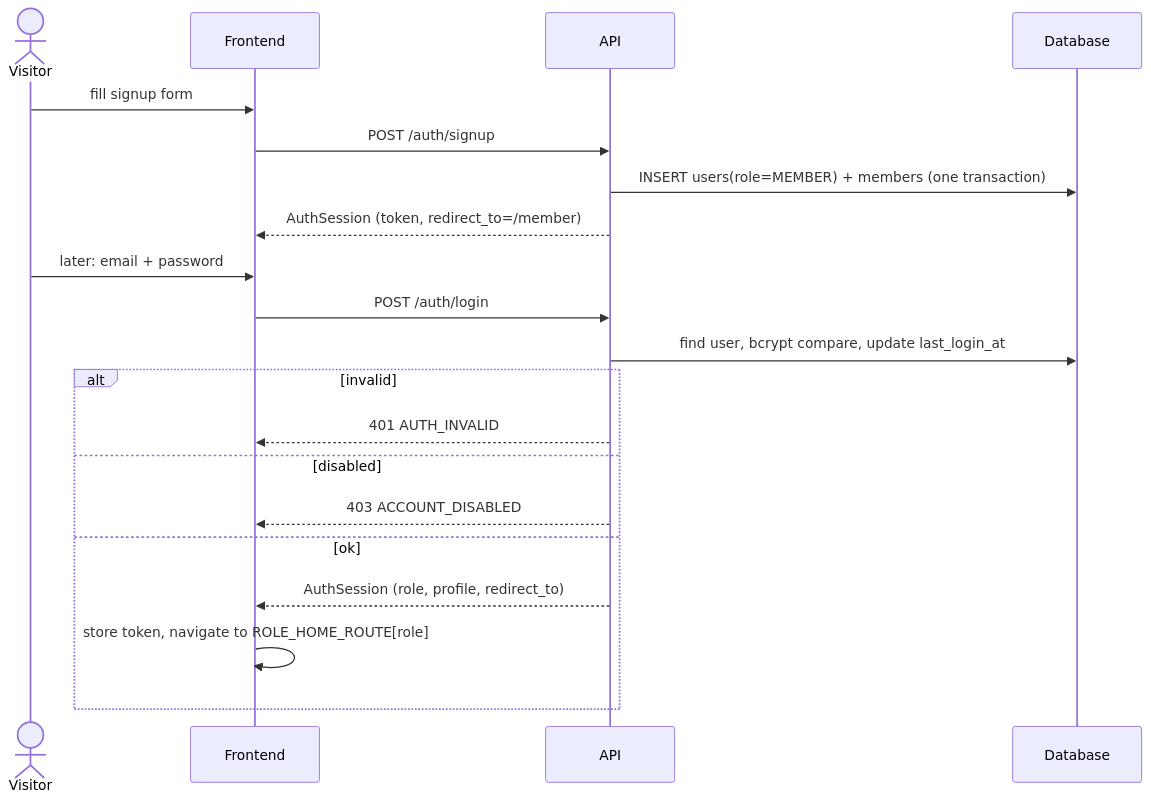
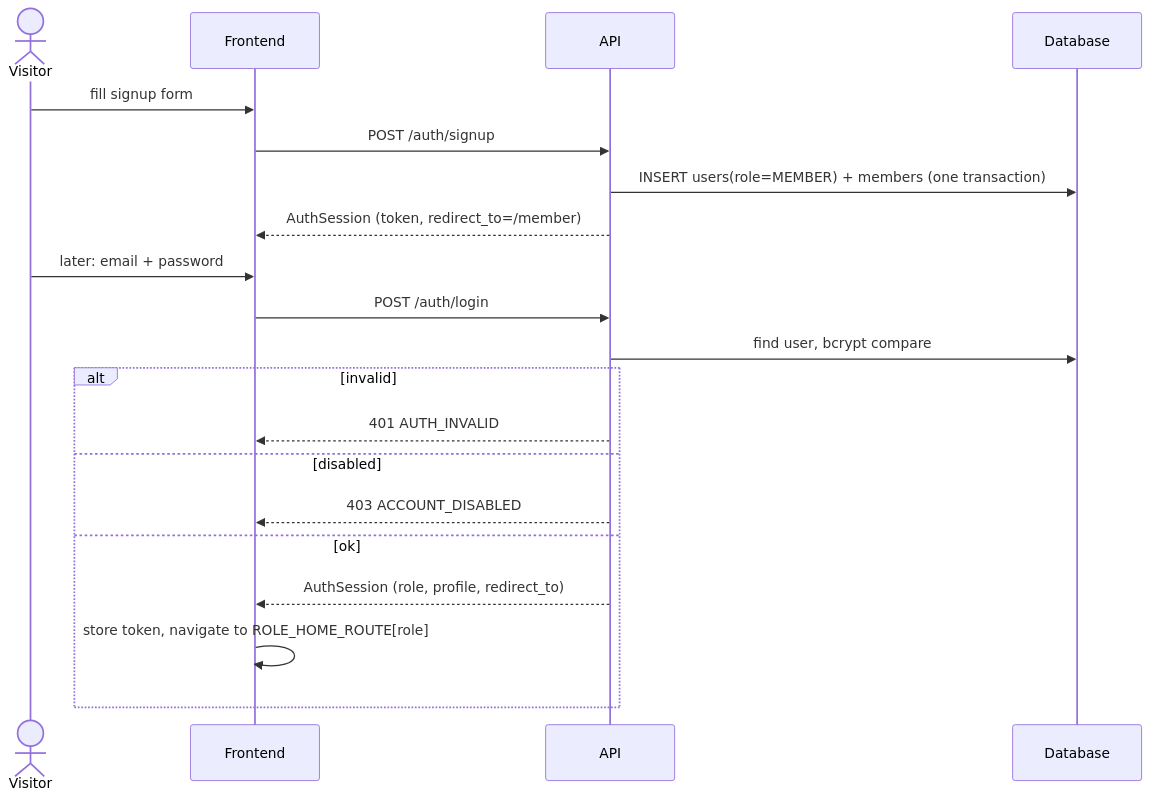
Before and after one commit to OjasPurohit/Meridian-Bay: the second of 18 diagrams in docs/workflows/USER_FLOWS.md, drawn with Mermaid. The commit also changed other lines of this file and 276 other files, not shown here.

````diff
--- a/docs/workflows/USER_FLOWS.md
+++ b/docs/workflows/USER_FLOWS.md
@@ -54,22 +50,22 @@
 ```mermaid
 sequenceDiagram
   actor U as Visitor
   participant FE as Frontend
   participant API as API
   participant DB as Database
   U->>FE: fill signup form
   FE->>API: POST /auth/signup
   API->>DB: INSERT users(role=MEMBER) + members (one transaction)
   API-->>FE: AuthSession (token, redirect_to=/member)
   U->>FE: later: email + password
   FE->>API: POST /auth/login
-  API->>DB: find user, bcrypt compare, update last_login_at
+  API->>DB: find user, bcrypt compare
   alt invalid
     API-->>FE: 401 AUTH_INVALID
   else disabled
     API-->>FE: 403 ACCOUNT_DISABLED
   else ok
     API-->>FE: AuthSession (role, profile, redirect_to)
     FE->>FE: store token, navigate to ROLE_HOME_ROUTE[role]
   end
 ```
````
